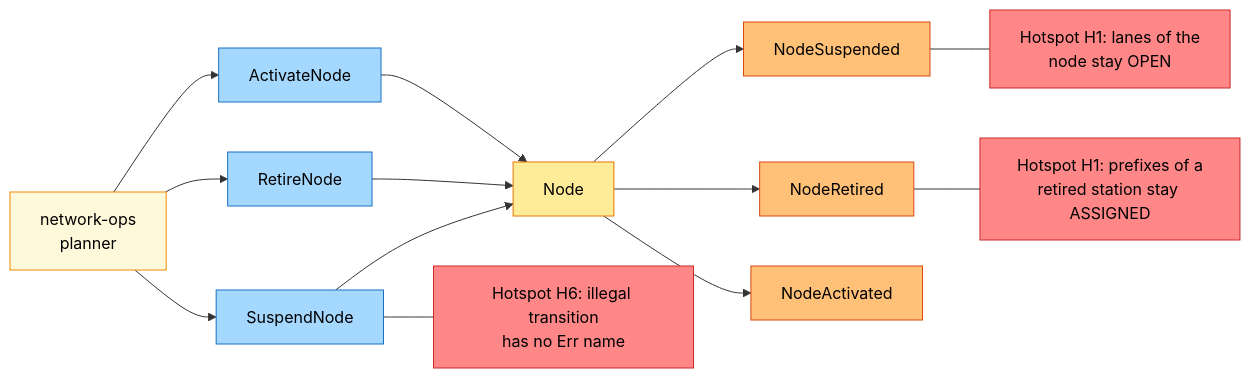
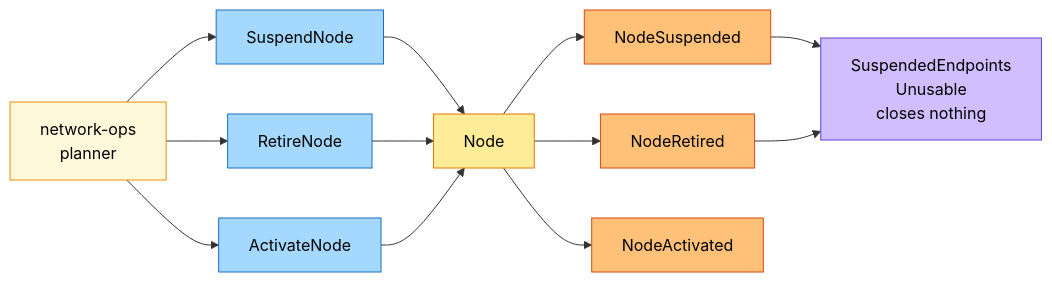
One commit to IQVO/warehouse-docs changed the third of 4 diagrams in docs/contexts/node-topology/eventstorming.md. Above: the diagram before and after it, drawn with Mermaid. The commit also changed other lines of this file and 16 other files, not shown here.

Commit message:
docs(node-topology): close gaps G27, G35, G38, G39 in the model and sync the pack and OpenAPI

````diff
--- a/docs/contexts/node-topology/eventstorming.md
+++ b/docs/contexts/node-topology/eventstorming.md
@@ -139,35 +133,32 @@
 ```mermaid
 flowchart LR
     classDef command fill:#a5d8ff,stroke:#1971c2,color:#000
     classDef aggregate fill:#ffec99,stroke:#e67700,color:#000
     classDef event fill:#ffc078,stroke:#d9480f,color:#000
     classDef policy fill:#d0bfff,stroke:#6741d9,color:#000
     classDef readmodel fill:#b2f2bb,stroke:#2f9e44,color:#000
     classDef external fill:#fcc2d7,stroke:#c2255c,color:#000
     classDef hotspot fill:#ff8787,stroke:#c92a2a,color:#000
     classDef actor fill:#fff9db,stroke:#f08c00,color:#000
     PL["network-ops<br/>planner"]:::actor
     C4["SuspendNode"]:::command
     C5["RetireNode"]:::command
     C3["ActivateNode"]:::command
     G1["Node"]:::aggregate
     E4["NodeSuspended"]:::event
     E5["NodeRetired"]:::event
     E3["NodeActivated"]:::event
-    H4["Hotspot H1: lanes of the<br/>node stay OPEN"]:::hotspot
-    H5["Hotspot H1: prefixes of a<br/>retired station stay ASSIGNED"]:::hotspot
-    H6["Hotspot H6: illegal transition<br/>has no Err name"]:::hotspot
+    P4["SuspendedEndpoints<br/>Unusable<br/>closes nothing"]:::policy
 
     PL --> C4
     PL --> C5
     PL --> C3
     C4 --> G1
     C5 --> G1
     C3 --> G1
     G1 --> E4
     G1 --> E5
     G1 --> E3
-    E4 --- H4
-    E5 --- H5
-    C4 --- H6
+    E4 --> P4
+    E5 --> P4
 ```
````
